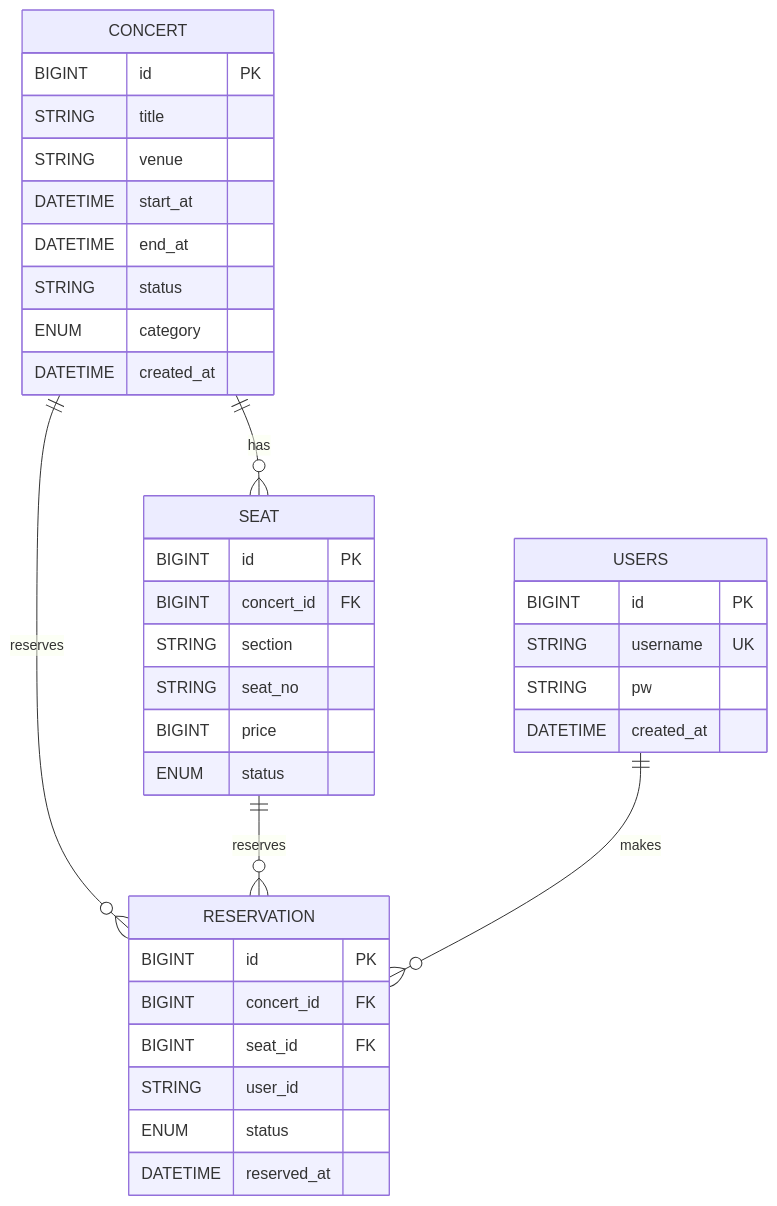
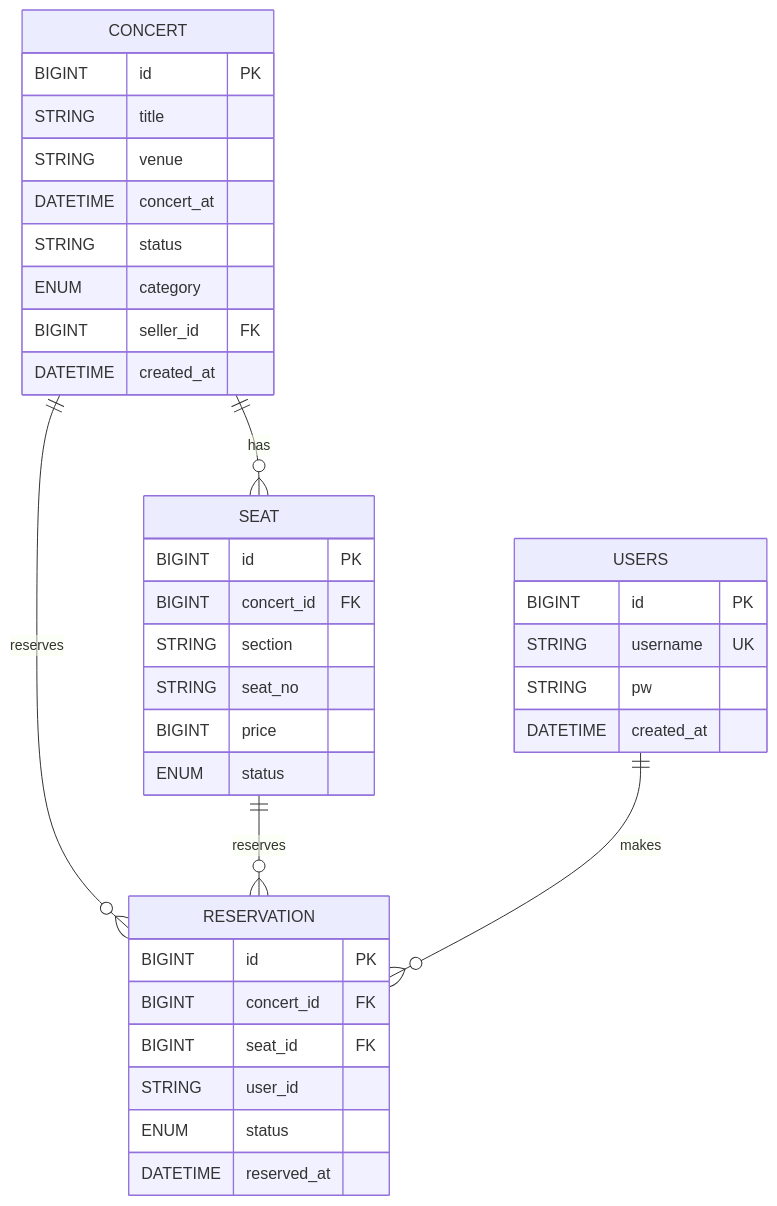
Before and after one commit to kiy3035/Ticketing: diagram 12 of 12 in docs/architecture.md, drawn with Mermaid. The commit also changed other lines of this file and 25 other files, not shown here.

````diff
--- a/docs/architecture.md
+++ b/docs/architecture.md
@@ -644,43 +644,43 @@
 ```mermaid
 erDiagram
     CONCERT ||--o{ SEAT : has
     CONCERT ||--o{ RESERVATION : reserves
     SEAT ||--o{ RESERVATION : reserves
     USERS ||--o{ RESERVATION : makes
 
     CONCERT {
         BIGINT id PK
         STRING title
         STRING venue
-        DATETIME start_at
-        DATETIME end_at
+        DATETIME concert_at
         STRING status
         ENUM category
+        BIGINT seller_id FK
         DATETIME created_at
     }
     
     SEAT {
         BIGINT id PK
         BIGINT concert_id FK
         STRING section
         STRING seat_no
         BIGINT price
         ENUM status
     }
     
     RESERVATION {
         BIGINT id PK
         BIGINT concert_id FK
         BIGINT seat_id FK
         STRING user_id
         ENUM status
         DATETIME reserved_at
     }
     
     USERS {
         BIGINT id PK
         STRING username UK
         STRING pw
         DATETIME created_at
     }
 ```
````
